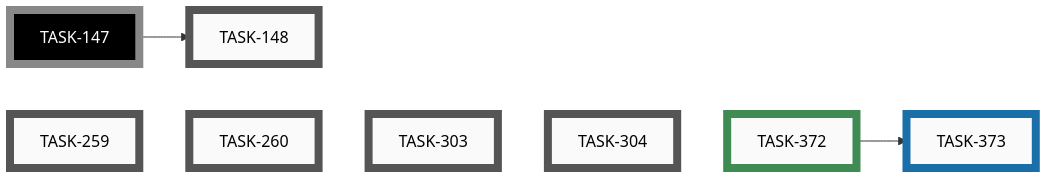
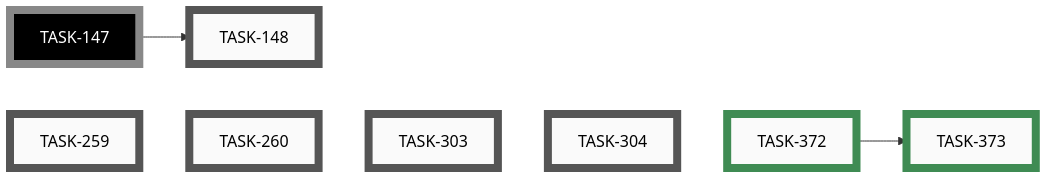
The fifth of 5 diagrams in docs/developers/tasks/EPICS.md (tgd1975/AwesomeGuitarPedal), drawn with Mermaid before and after one commit. The commit also changed other lines of this file and 3 other files, not shown here.

Commit message:
close TASK-373: Fix cpp/comparison-with-wider-type in config_loader

````diff
--- a/docs/developers/tasks/EPICS.md
+++ b/docs/developers/tasks/EPICS.md
@@ -160,29 +160,29 @@
 ```mermaid
 graph LR
     TASK_148["TASK-148"]:::open
     TASK_259["TASK-259"]:::open
     TASK_260["TASK-260"]:::open
     TASK_303["TASK-303"]:::open
     TASK_304["TASK-304"]:::open
-    TASK_373["TASK-373"]:::active
     TASK_372["TASK-372"]:::closed
+    TASK_373["TASK-373"]:::closed
     TASK_147["TASK-147"]:::openExt
     TASK_147 --> TASK_148
     TASK_372 --> TASK_373
     TASK_259 ~~~ TASK_260 ~~~ TASK_303 ~~~ TASK_304 ~~~ TASK_372
     click TASK_148 "open/task-148-reorganise-developer-documentation.md"
     click TASK_259 "open/task-259-android-app-test-protocol.md"
     click TASK_260 "open/task-260-unify-version-numbers-across-deliverables.md"
     click TASK_303 "open/task-303-simulator-boots-with-demo-loaded.md"
     click TASK_304 "open/task-304-simulator-button-no-hover-reaction.md"
-    click TASK_373 "active/task-373-fix-cpp-comparison-with-wider-type-in-config-loader.md"
     click TASK_372 "closed/task-372-configure-codeql-paths-ignore-for-vendored-deps.md"
+    click TASK_373 "closed/task-373-fix-cpp-comparison-with-wider-type-in-config-loader.md"
     classDef open    fill:#FAFAFA,stroke:#555,stroke-width:8px,color:#000
     classDef active  fill:#FAFAFA,stroke:#1A6FA8,stroke-width:8px,color:#000
     classDef closed  fill:#FAFAFA,stroke:#3F8B53,stroke-width:8px,color:#000
     classDef paused  fill:#FAFAFA,stroke:#B07810,stroke-width:8px,color:#000
     classDef openExt    fill:#000,stroke:#888,stroke-width:8px,color:#FFF
     classDef activeExt  fill:#000,stroke:#3FA9F5,stroke-width:8px,color:#FFF
     classDef closedExt  fill:#000,stroke:#7CC68A,stroke-width:8px,color:#FFF
     classDef pausedExt  fill:#000,stroke:#F0B030,stroke-width:8px,color:#FFF
 ```
````
